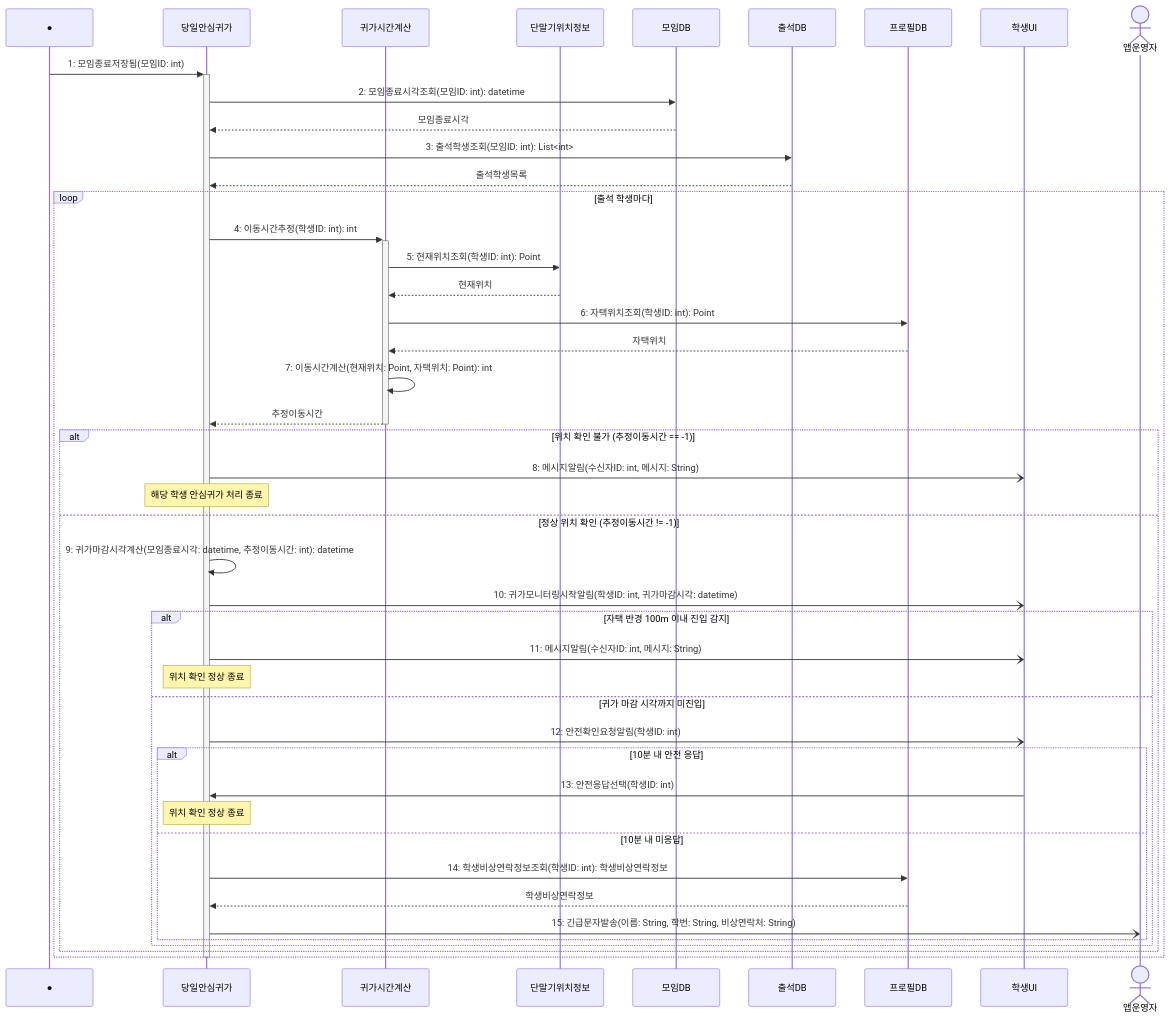
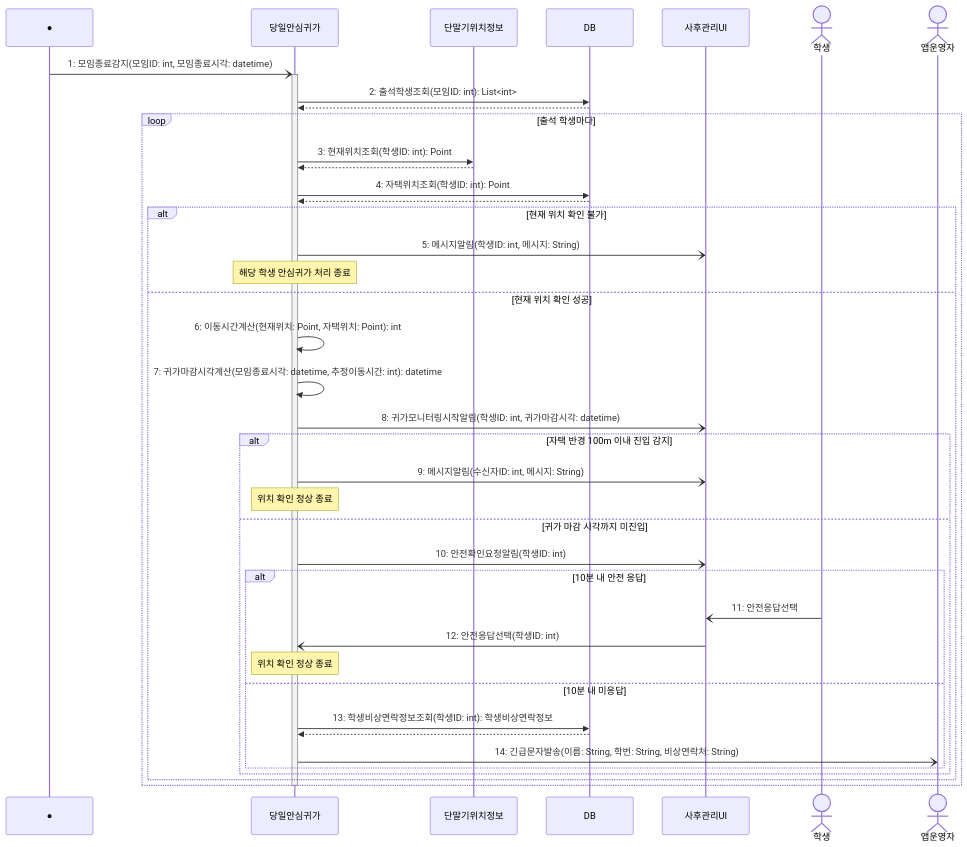
One commit to hojae3/sw-engineering-16 changed the diagram in sequence/seq-15.md. Above: the diagram before and after it, drawn with Mermaid. The commit also changed other lines of this file and 2 other files, not shown here.

Commit message:
[seq-03/req-15/seq-15] 11/23 피드백(#31·#34·#36) 반영 및 DB·UI 통합·순서 정비

````diff
--- a/sequence/seq-15.md
+++ b/sequence/seq-15.md
@@ -27,52 +25,47 @@
 ```mermaid
 sequenceDiagram
     participant Found as ●
     participant 안심 as 당일안심귀가
-    participant 계산 as 귀가시간계산
     participant 위치 as 단말기위치정보
-    participant 모임DB as 모임DB
-    participant 출석DB as 출석DB
-    participant 프로필DB as 프로필DB
-    participant 학생UI as 학생UI
+    participant DB as DB
+    participant 사후관리UI as 사후관리UI
+    actor 학생
     actor 앱운영자
 
-    Found->>+안심: 1: 모임종료저장됨(모임ID: int)
-    안심->>모임DB: 2: 모임종료시각조회(모임ID: int): datetime
-    모임DB-->>안심: 모임종료시각
-    안심->>출석DB: 3: 출석학생조회(모임ID: int): List<int>
-    출석DB-->>안심: 출석학생목록
+    Found-)+안심: 1: 모임종료감지(모임ID: int, 모임종료시각: datetime)
+    안심->>DB: 2: 출석학생조회(모임ID: int): List<int>
+    DB-->>안심: 
 
     loop 출석 학생마다
-        안심->>+계산: 4: 이동시간추정(학생ID: int): int
-        계산->>위치: 5: 현재위치조회(학생ID: int): Point
-        위치-->>계산: 현재위치
-        계산->>프로필DB: 6: 자택위치조회(학생ID: int): Point
-        프로필DB-->>계산: 자택위치
-        계산->>계산: 7: 이동시간계산(현재위치: Point, 자택위치: Point): int
-        계산-->>-안심: 추정이동시간
+        안심->>위치: 3: 현재위치조회(학생ID: int): Point
+        위치-->>안심: 
+        안심->>DB: 4: 자택위치조회(학생ID: int): Point
+        DB-->>안심: 
 
-        alt 위치 확인 불가 (추정이동시간 == -1)
-            안심-)학생UI: 8: 메시지알림(수신자ID: int, 메시지: String)
+        alt 현재 위치 확인 불가
+            안심-)사후관리UI: 5: 메시지알림(학생ID: int, 메시지: String)
             Note over 안심: 해당 학생 안심귀가 처리 종료
-        else 정상 위치 확인 (추정이동시간 != -1)
-            안심->>안심: 9: 귀가마감시각계산(모임종료시각: datetime, 추정이동시간: int): datetime
-            안심-)학생UI: 10: 귀가모니터링시작알림(학생ID: int, 귀가마감시각: datetime)
+        else 현재 위치 확인 성공
+            안심->>안심: 6: 이동시간계산(현재위치: Point, 자택위치: Point): int
+            안심->>안심: 7: 귀가마감시각계산(모임종료시각: datetime, 추정이동시간: int): datetime
+            안심-)사후관리UI: 8: 귀가모니터링시작알림(학생ID: int, 귀가마감시각: datetime)
 
             alt 자택 반경 100m 이내 진입 감지
-                안심-)학생UI: 11: 메시지알림(수신자ID: int, 메시지: String)
+                안심-)사후관리UI: 9: 메시지알림(수신자ID: int, 메시지: String)
                 Note over 안심: 위치 확인 정상 종료
             else 귀가 마감 시각까지 미진입
-                안심-)학생UI: 12: 안전확인요청알림(학생ID: int)
+                안심-)사후관리UI: 10: 안전확인요청알림(학생ID: int)
                 alt 10분 내 안전 응답
-                    학생UI->>안심: 13: 안전응답선택(학생ID: int)
+                    학생-)사후관리UI: 11: 안전응답선택
+                    사후관리UI-)안심: 12: 안전응답선택(학생ID: int)
                     Note over 안심: 위치 확인 정상 종료
                 else 10분 내 미응답
-                    안심->>프로필DB: 14: 학생비상연락정보조회(학생ID: int): 학생비상연락정보
-                    프로필DB-->>안심: 학생비상연락정보
-                    안심-)앱운영자: 15: 긴급문자발송(이름: String, 학번: String, 비상연락처: String)
+                    안심->>DB: 13: 학생비상연락정보조회(학생ID: int): 학생비상연락정보
+                    DB-->>안심: 
+                    안심-)앱운영자: 14: 긴급문자발송(이름: String, 학번: String, 비상연락처: String)
                 end
             end
         end
     end
     deactivate 안심
 ```
````
